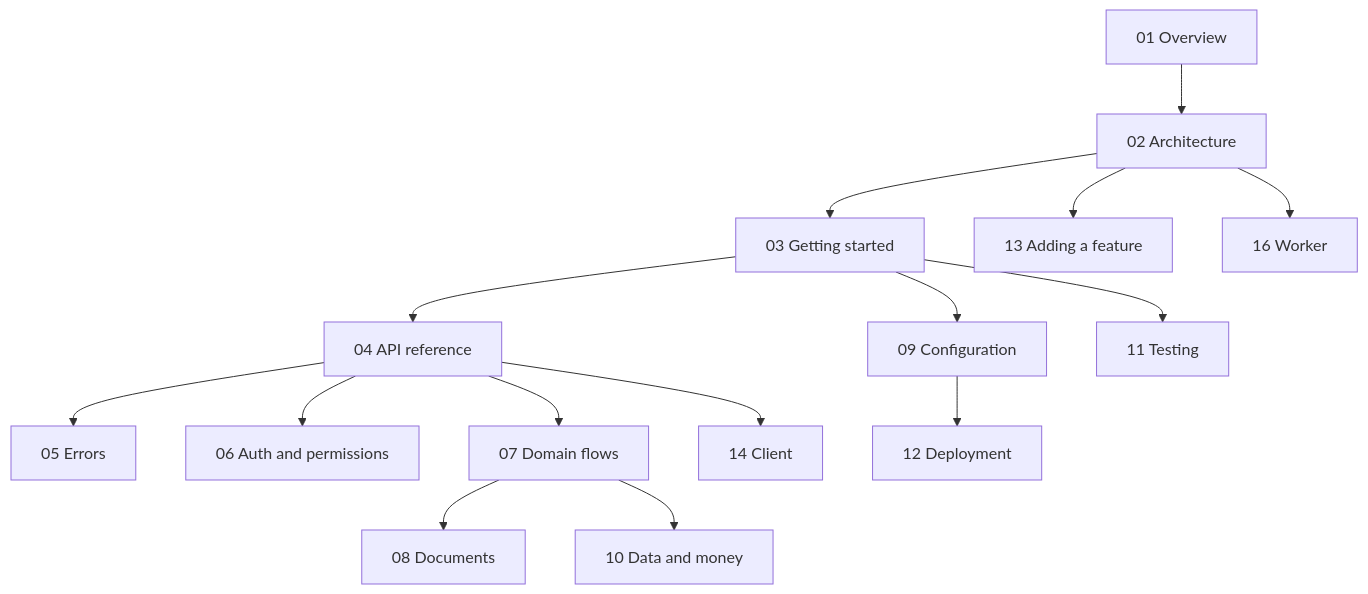
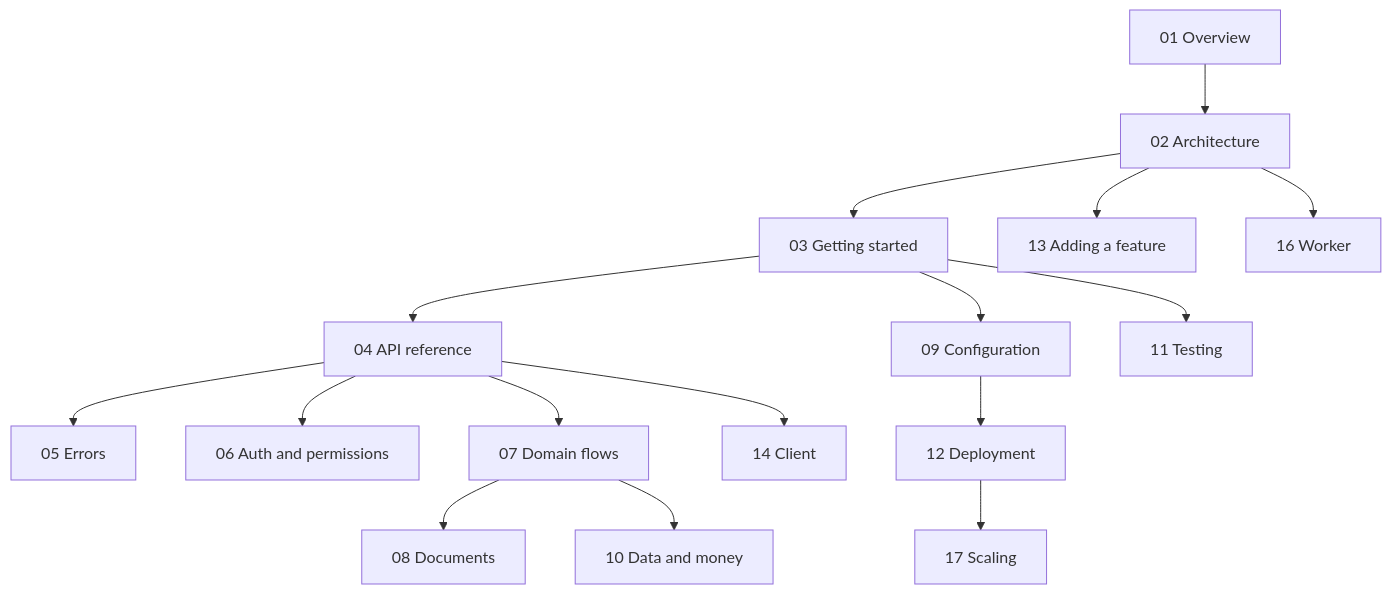
One commit to mgpl-diagnostics/api changed the diagram in docs/README.md. Above: the diagram before and after it, drawn with Mermaid. The commit also changed other lines of this file and 25 other files, not shown here.

````diff
--- a/docs/README.md
+++ b/docs/README.md
@@ -5,17 +5,18 @@
 ```mermaid
 flowchart TD
   A["01 Overview"] --> B["02 Architecture"]
   B --> C["03 Getting started"]
   C --> D["04 API reference"]
   D --> E["05 Errors"]
   D --> F["06 Auth and permissions"]
   D --> G["07 Domain flows"]
   G --> H["08 Documents"]
   C --> I["09 Configuration"]
   G --> J["10 Data and money"]
   C --> K["11 Testing"]
   I --> L["12 Deployment"]
   B --> M["13 Adding a feature"]
   D --> N["14 Client"]
   B --> O["16 Worker"]
+  L --> P["17 Scaling"]
 ```
````
